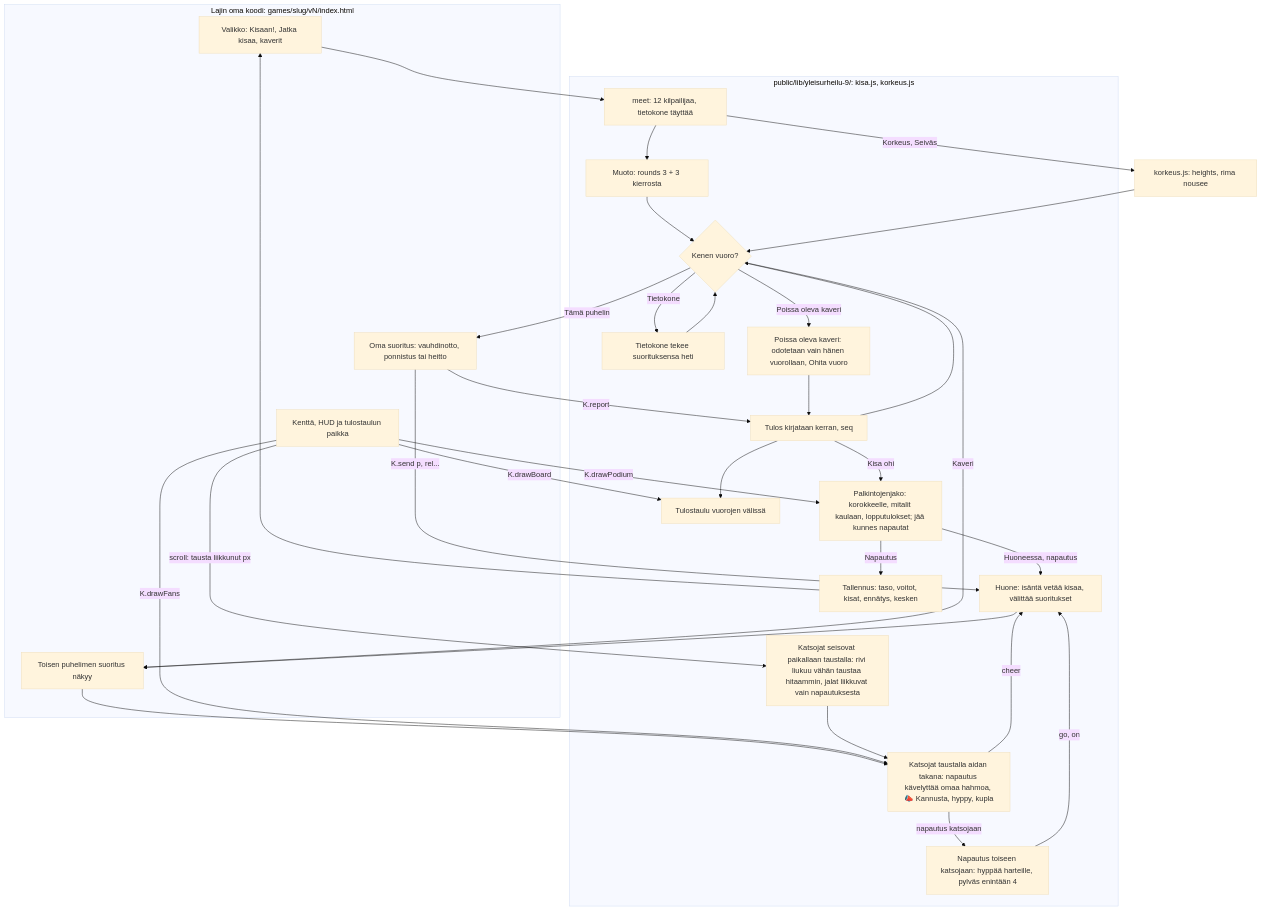
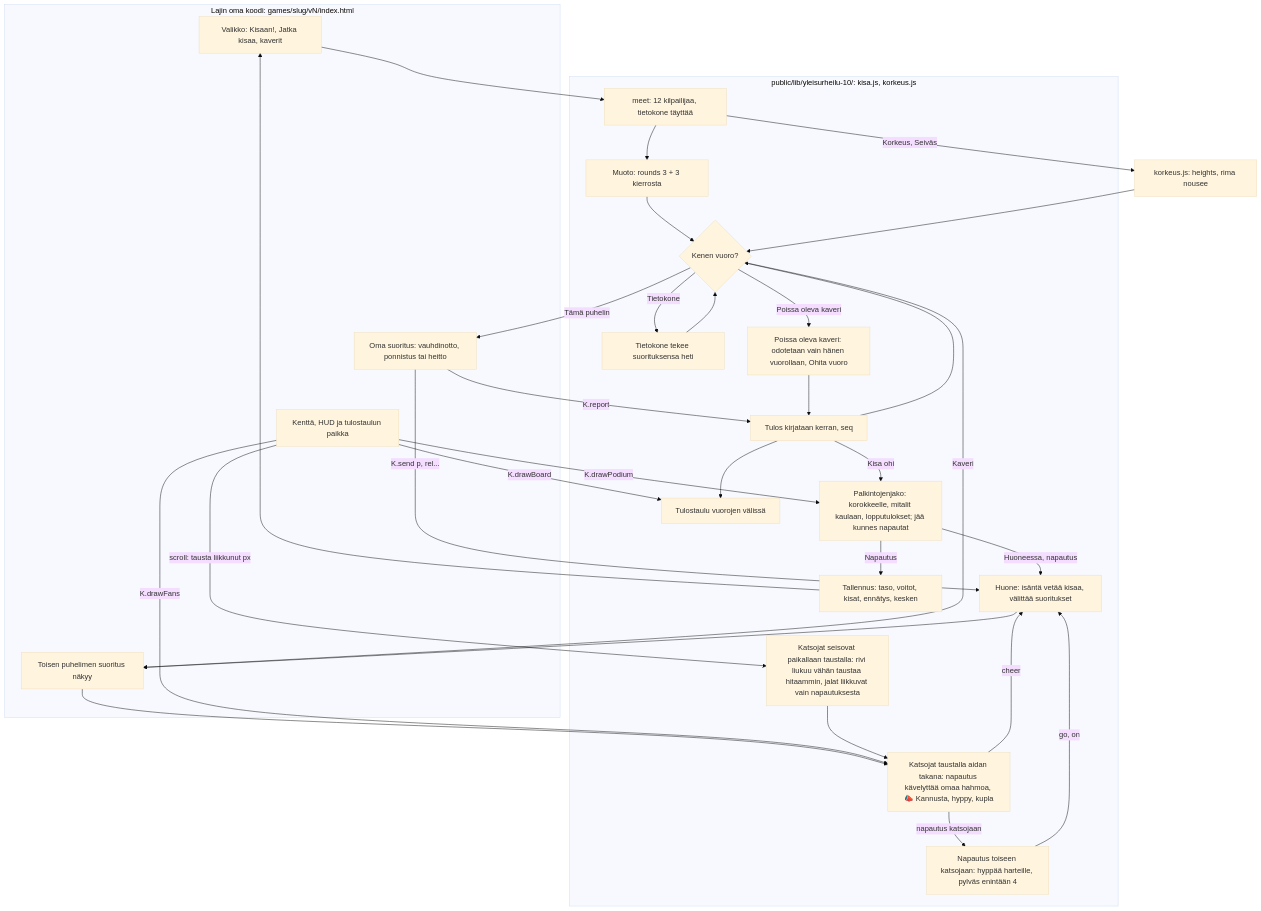
The diagram in docs/diagrams/yleisurheilu-kirjasto.md (eerovil/ai-pelit), drawn with Mermaid (base theme) before and after one commit. The commit also changed other lines of this file and 83 other files, not shown here.

````diff
--- a/docs/diagrams/yleisurheilu-kirjasto.md
+++ b/docs/diagrams/yleisurheilu-kirjasto.md
@@ -28,52 +32,52 @@
 ```mermaid
 flowchart TD
   subgraph Peli[Lajin oma koodi: games/slug/vN/index.html]
     G1[Valikko: Kisaan!, Jatka kisaa, kaverit]
     G2[Oma suoritus: vauhdinotto, ponnistus tai heitto]
     G3[Toisen puhelimen suoritus näkyy]
     G4[Kenttä, HUD ja tulostaulun paikka]
   end
-  subgraph Kirjasto[public/lib/yleisurheilu-9/: kisa.js, korkeus.js]
+  subgraph Kirjasto[public/lib/yleisurheilu-10/: kisa.js, korkeus.js]
     K1[meet: 12 kilpailijaa, tietokone täyttää]
     K2[Muoto: rounds 3 + 3 kierrosta]
     K3{Kenen vuoro?}
     K4[Tietokone tekee suorituksensa heti]
     K5[Tulos kirjataan kerran, seq]
     K6[Tulostaulu vuorojen välissä]
     K9[Palkintojenjako: korokkeelle, mitalit kaulaan, lopputulokset; jää kunnes napautat]
     K7[Tallennus: taso, voitot, kisat, ennätys, kesken]
     K8[Huone: isäntä vetää kisaa, välittää suoritukset]
     K10[Katsojat taustalla aidan takana: napautus kävelyttää omaa hahmoa, 📣 Kannusta, hyppy, kupla]
     K13[Napautus toiseen katsojaan: hyppää harteille, pylväs enintään 4]
     K12[Katsojat seisovat paikallaan taustalla: rivi liukuu vähän taustaa hitaammin, jalat liikkuvat vain napautuksesta]
     K11[Poissa oleva kaveri: odotetaan vain hänen vuorollaan, Ohita vuoro]
   end
   G1 --> K1 --> K2 --> K3
   K1 -- Korkeus, Seiväs --> H1[korkeus.js: heights, rima nousee]
   H1 --> K3
   K3 -- Tietokone --> K4 --> K3
   K3 -- Poissa oleva kaveri --> K11 --> K5
   K3 -- Tämä puhelin --> G2
   K3 -- Kaveri --> G3
   G3 --> K10
   G4 -- K.drawFans --> K10
   G4 -- scroll: tausta liikkunut px --> K12
   K12 --> K10
   K10 -- napautus katsojaan --> K13
   K13 -- go, on --> K8
   K10 -- cheer --> K8
   G2 -- K.report --> K5
   G2 -- K.send p, rel... --> K8 --> G3
   K5 --> K3
   K5 --> K6
   K5 -- Kisa ohi --> K9
   K9 -- Napautus --> K7 --> G1
   K9 -- Huoneessa, napautus --> K8
   G4 -- K.drawBoard --> K6
   G4 -- K.drawPodium --> K9
   class G1,G2,G4 blue
   class G3,K8,K10,K11,K12,K13 violet
   class K3 amber
   class K1,K2,K4,K5,H1 teal
   class K6,K7,K9 green
 ```
````
